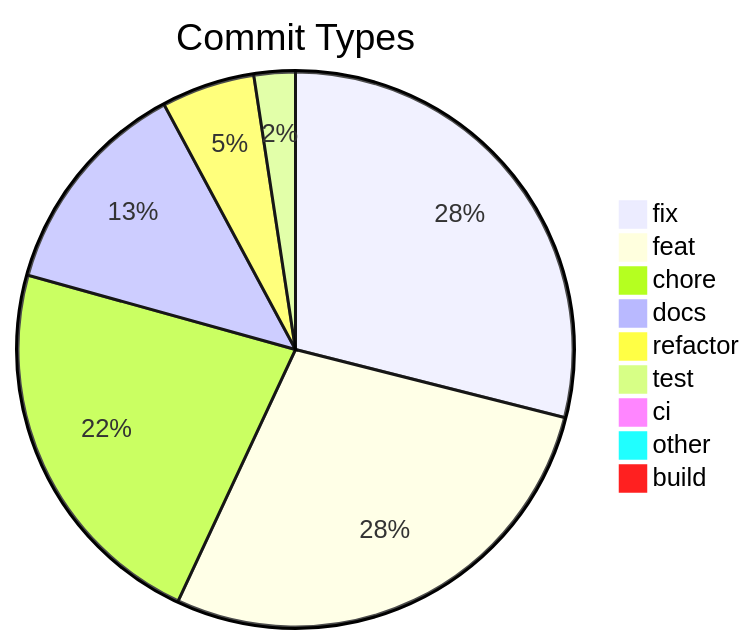
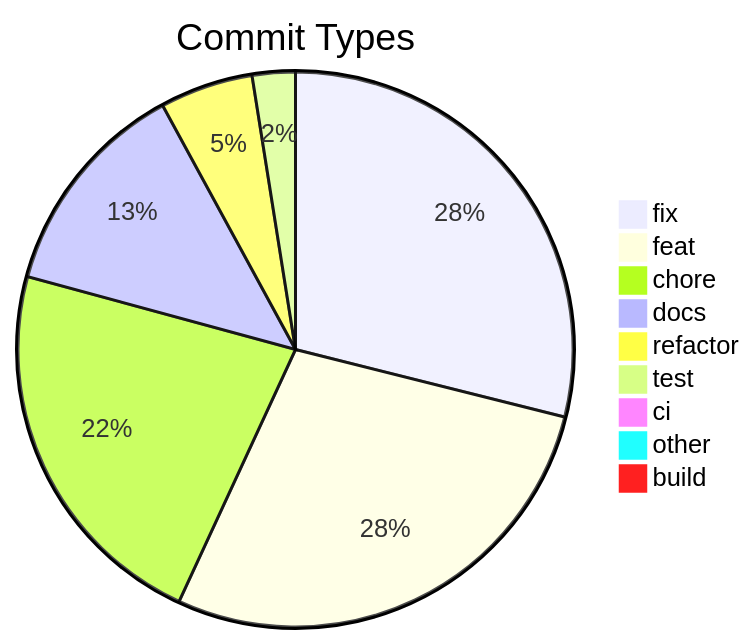
Before and after one commit to svenroth-ai/shipwright: the diagram in .shipwright/compliance/change-history.md, drawn with Mermaid. The commit also changed other lines of this file and 16 other files, not shown here.

````diff
--- a/.shipwright/compliance/change-history.md
+++ b/.shipwright/compliance/change-history.md
@@ -8,12 +8,12 @@
 ```mermaid
 pie title Commit Types
     "fix" : 277
     "feat" : 268
     "chore" : 214
     "docs" : 123
     "refactor" : 52
-    "test" : 23
+    "test" : 24
     "ci" : 7
     "other" : 7
     "build" : 1
 ```
````
